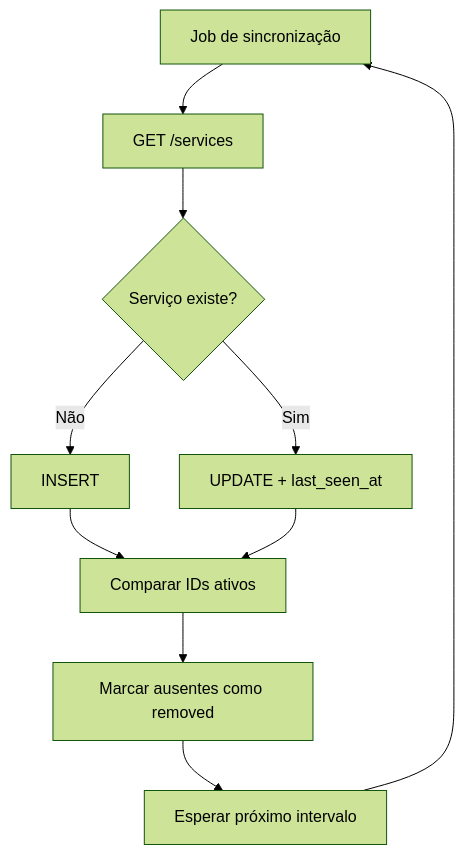
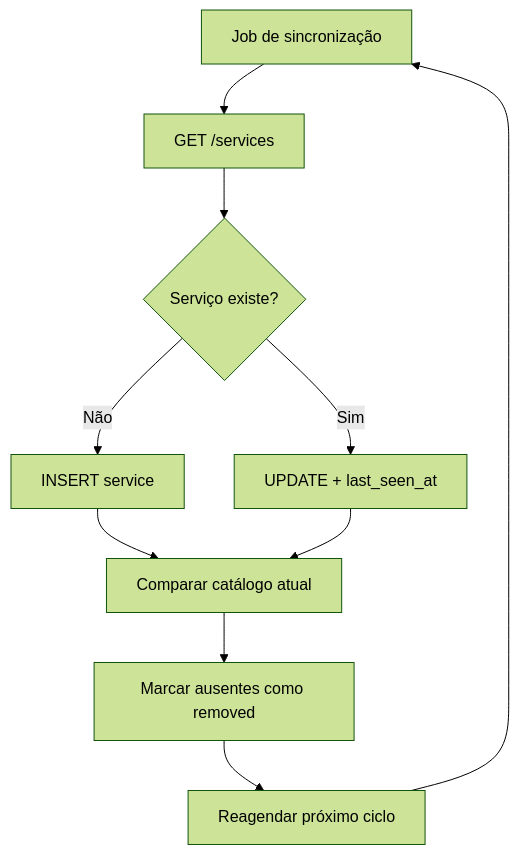
The second of 7 diagrams in docs/arquitetura.md (let-zapplin/GreenER), drawn with Mermaid (forest theme) before and after one commit. The commit also changed other lines of this file and 14 other files, not shown here.

````diff
--- a/docs/arquitetura.md
+++ b/docs/arquitetura.md
@@ -219,15 +175,15 @@
 ```mermaid
 flowchart TD
-    J[Job de sincronização] --> D[GET /services]
-    D --> E{Serviço existe?}
+    J[Job de sincronização] --> S[GET /services]
+    S --> E{Serviço existe?}
 
-    E -->|Não| I[INSERT]
+    E -->|Não| I[INSERT service]
     E -->|Sim| U[UPDATE + last_seen_at]
 
-    I --> A[Comparar IDs ativos]
+    I --> A[Comparar catálogo atual]
     U --> A
 
-    A --> X[Marcar ausentes como removed]
-    X --> W[Esperar próximo intervalo]
+    A --> R[Marcar ausentes como removed]
+    R --> W[Reagendar próximo ciclo]
     W --> J
 ```
````
